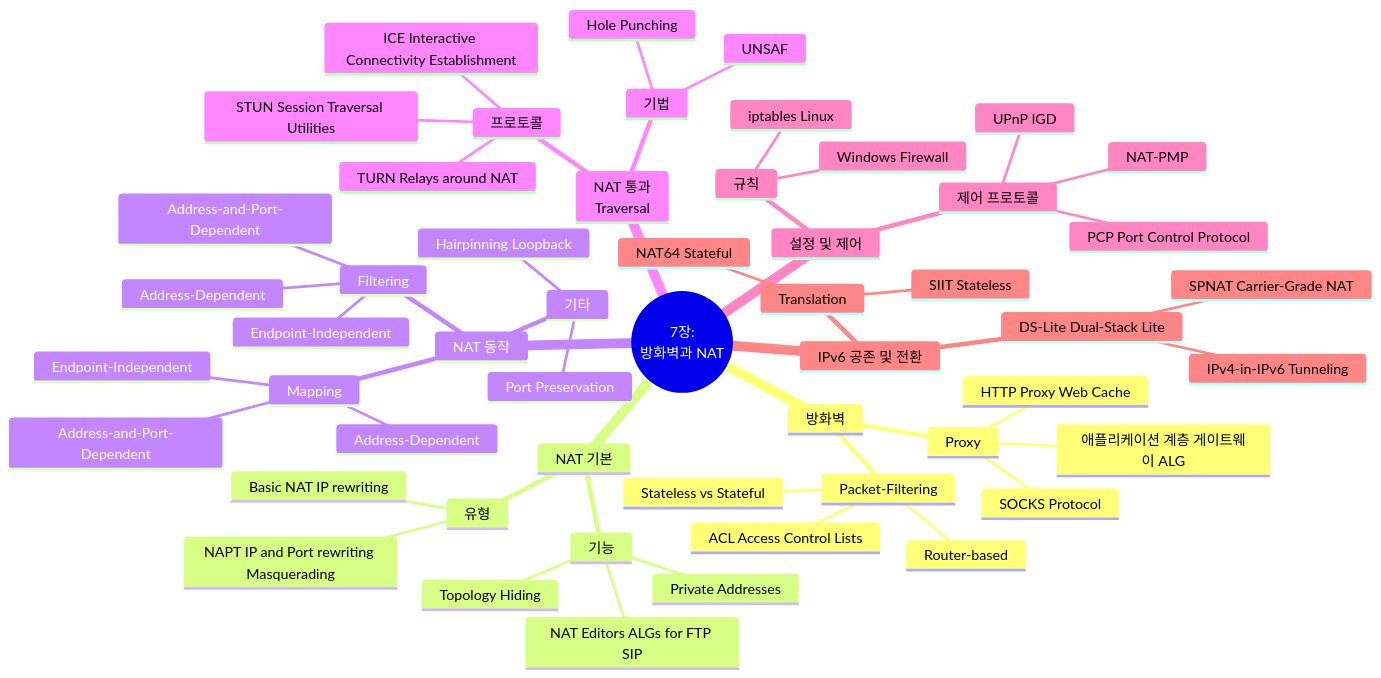
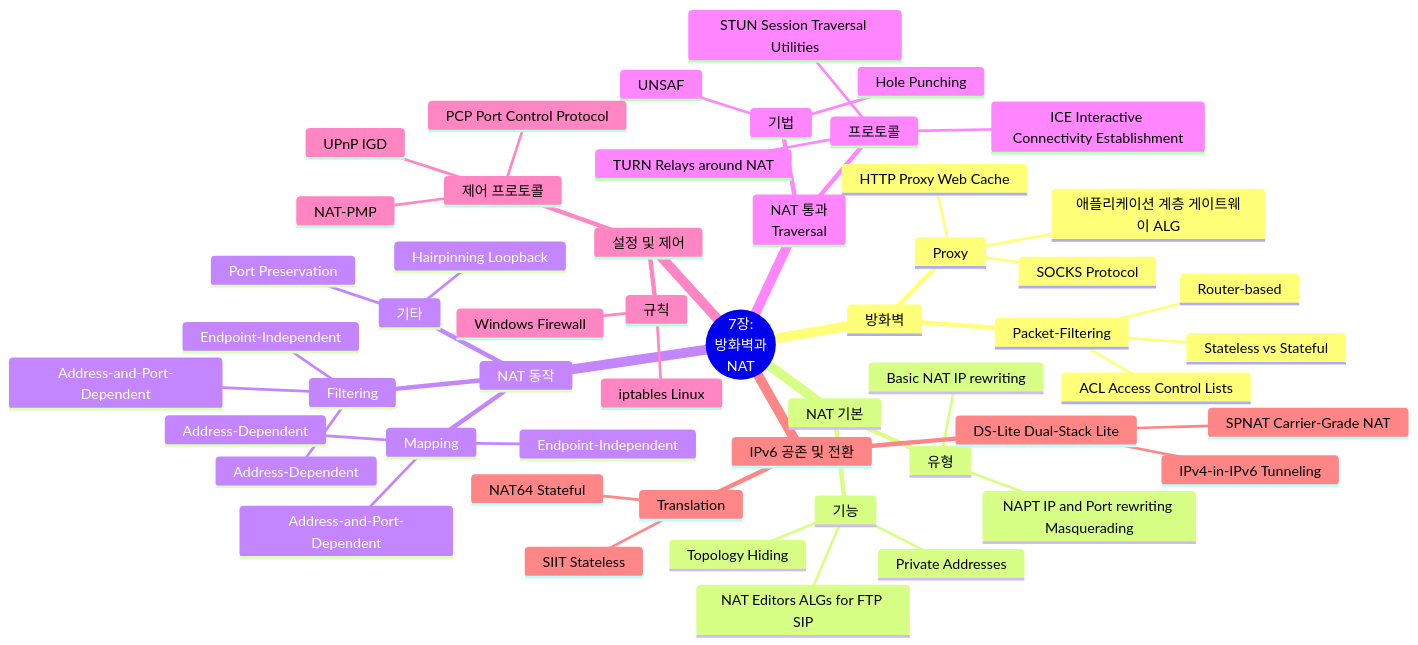
Before and after one commit to youngmin-gwon/what-i-studied: the diagram in 01_inbox/books/tcp_ip_illustrated_1/chapter7.md, drawn with Mermaid. The commit also changed other lines of this file and 10 other files, not shown here.

````diff
--- a/01_inbox/books/tcp_ip_illustrated_1/chapter7.md
+++ b/01_inbox/books/tcp_ip_illustrated_1/chapter7.md
@@ -11,56 +11,56 @@
 ```mermaid
 mindmap
-  root((7장:<br>방화벽과 NAT))
+  root((7장:<br>방화벽과<br>NAT))
     방화벽
       Packet-Filtering
         Router-based
         Stateless vs Stateful
         ACL Access Control Lists
       Proxy
         애플리케이션 계층 게이트웨이 ALG
         HTTP Proxy Web Cache
         SOCKS Protocol
     NAT 기본
       유형
         Basic NAT IP rewriting
         NAPT IP and Port rewriting Masquerading
       기능
         Private Addresses
         Topology Hiding
         NAT Editors ALGs for FTP SIP
     NAT 동작
       Mapping
         Endpoint-Independent
         Address-Dependent
         Address-and-Port-Dependent
       Filtering
         Endpoint-Independent
         Address-Dependent
         Address-and-Port-Dependent
       기타
         Hairpinning Loopback
         Port Preservation
     NAT 통과<br>Traversal
       기법
         Hole Punching
         UNSAF
       프로토콜
         STUN Session Traversal Utilities
         TURN Relays around NAT
         ICE Interactive Connectivity Establishment
     설정 및 제어
       규칙
         iptables Linux
         Windows Firewall
       제어 프로토콜
         UPnP IGD
         NAT-PMP
         PCP Port Control Protocol
     IPv6 공존 및 전환
       DS-Lite Dual-Stack Lite
         IPv4-in-IPv6 Tunneling
         SPNAT Carrier-Grade NAT
       Translation
         NAT64 Stateful
         SIIT Stateless
 ```
````
